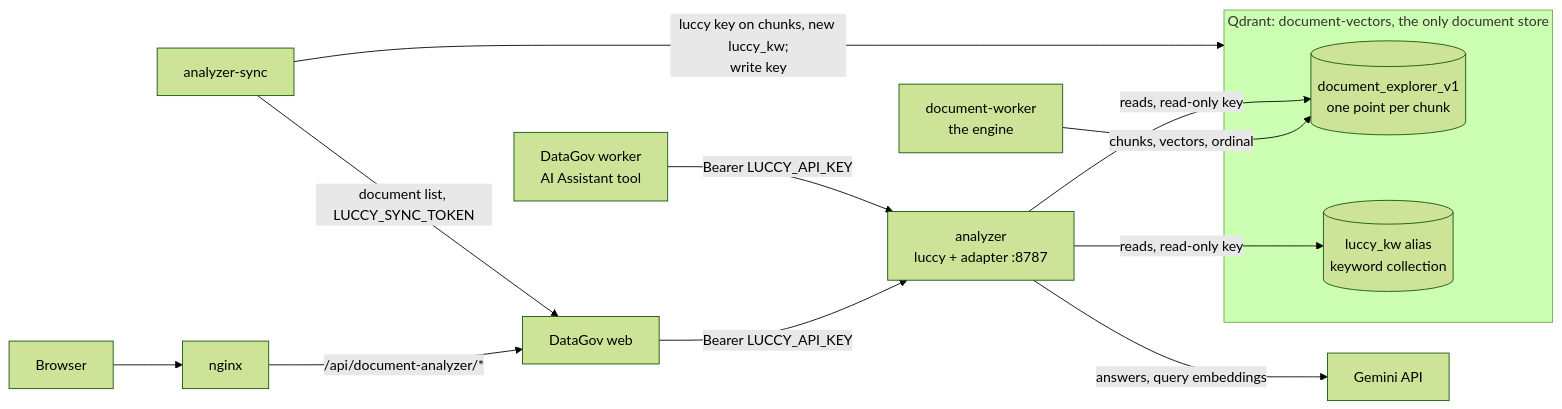
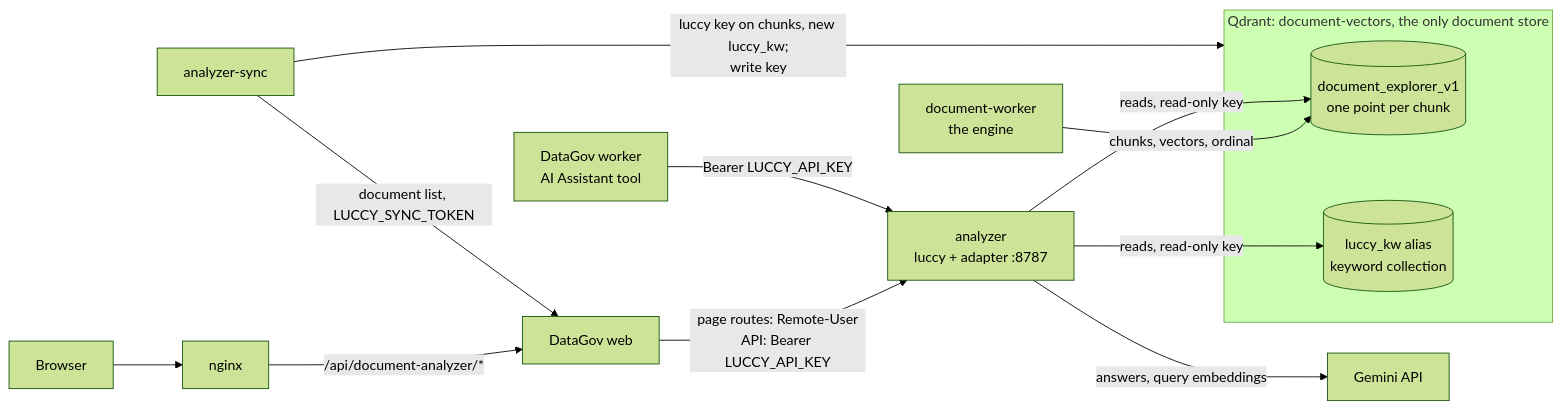
The first of 2 diagrams in docs/document-analyzer.md (welcome-travel-technologies/datagov), drawn with Mermaid (forest theme) before and after one commit. The commit also changed other lines of this file and 28 other files, not shown here.

First line of the commit message:
Show Luccy's own page in Luccy (Beta) behind DataGov's sign-in

````diff
--- a/docs/document-analyzer.md
+++ b/docs/document-analyzer.md
@@ -38,18 +39,18 @@
 ```mermaid
 flowchart LR
     B[Browser] --> N[nginx]
     N -->|/api/document-analyzer/*| W[DataGov web]
     K[DataGov worker<br/>AI Assistant tool]
-    W -->|Bearer LUCCY_API_KEY| A[analyzer<br/>luccy + adapter :8787]
+    W -->|page routes: Remote-User<br/>API: Bearer LUCCY_API_KEY| A[analyzer<br/>luccy + adapter :8787]
     K -->|Bearer LUCCY_API_KEY| A
     E[document-worker<br/>the engine] -->|chunks, vectors, ordinal| C
     subgraph Q[Qdrant: document-vectors, the only document store]
       C[(document_explorer_v1<br/>one point per chunk)]
       KW[(luccy_kw alias<br/>keyword collection)]
     end
     A -->|reads, read-only key| C
     A -->|reads, read-only key| KW
     S[analyzer-sync] -->|document list, LUCCY_SYNC_TOKEN| W
     S -->|luccy key on chunks, new luccy_kw;<br/>write key| Q
     A -->|answers, query embeddings| G[Gemini API]
 ```
````
